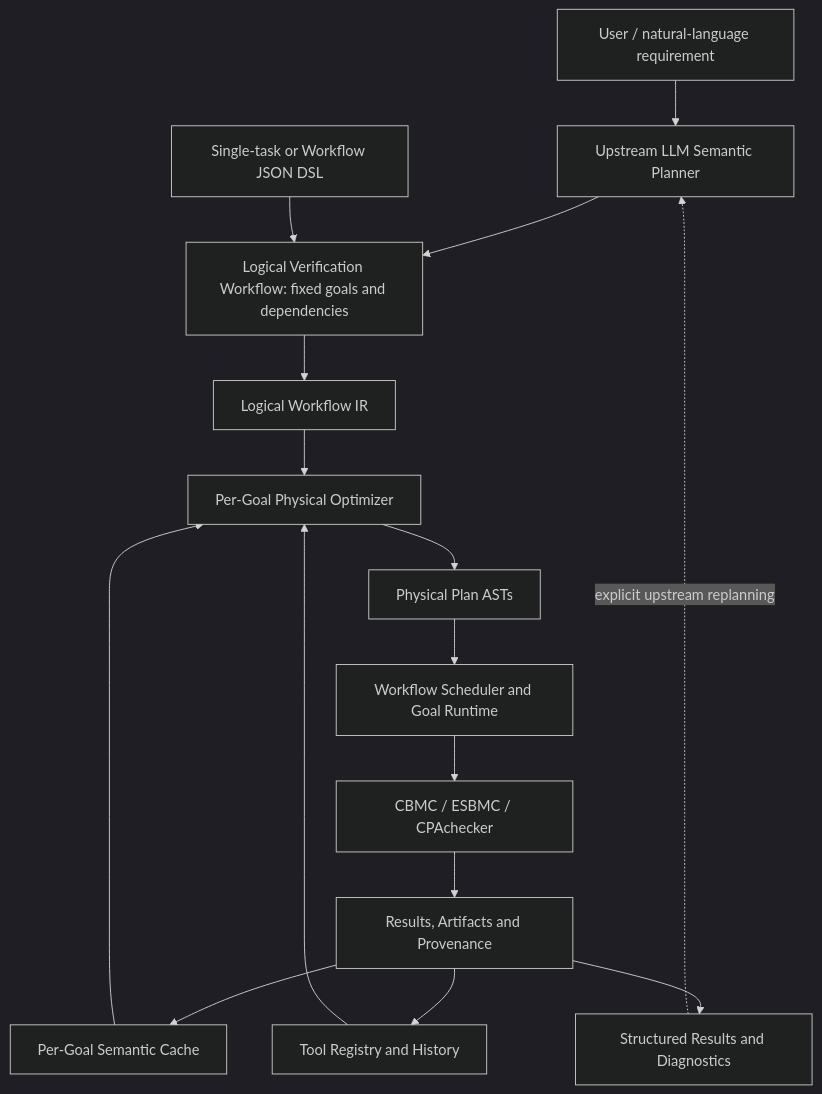
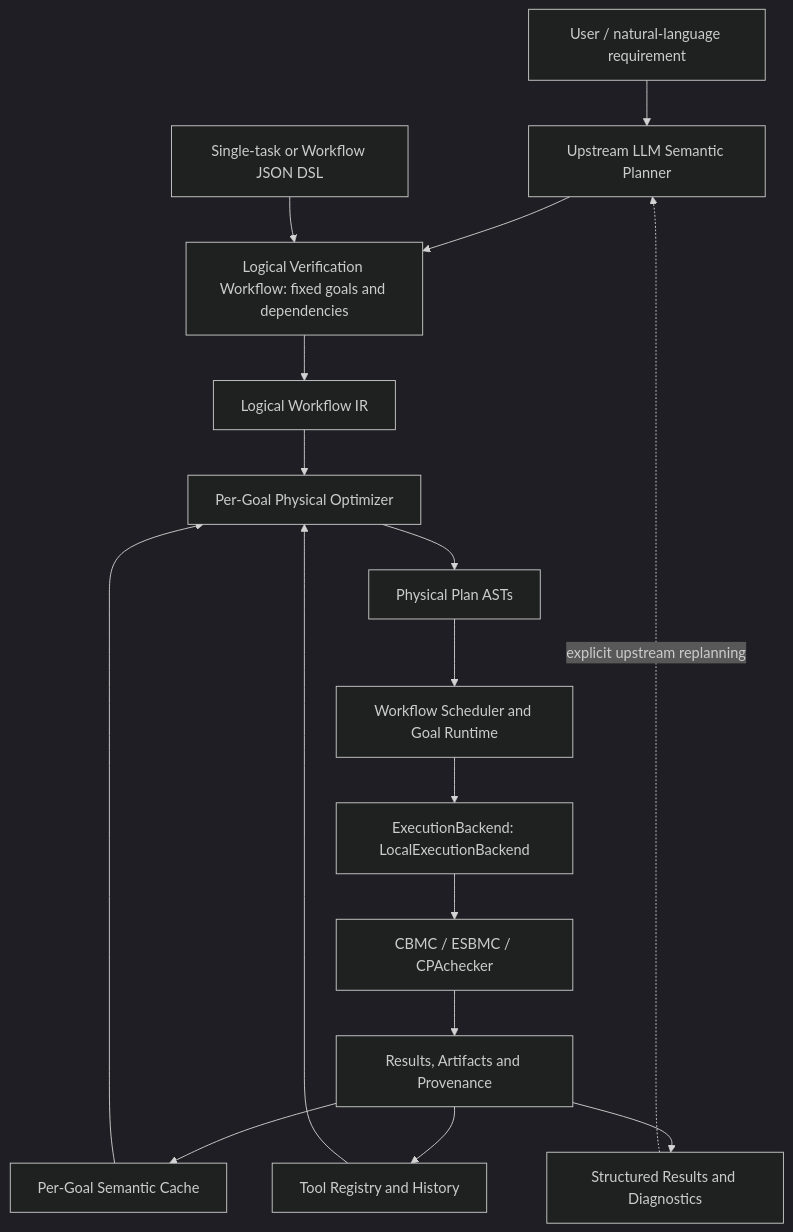
One commit to ponder-j/VeriRuntime-demo changed the diagram in README.md. Above: the diagram before and after it, drawn with Mermaid (dark theme). The commit also changed other lines of this file and 26 other files, not shown here.

First line of the commit message:
refactor(m11): separate execution lifecycle behind a local backend

````diff
--- a/README.md
+++ b/README.md
@@ -13,18 +13,19 @@
 ```mermaid
 flowchart TD
     User[User / natural-language requirement] --> LLM[Upstream LLM Semantic Planner]
     LLM --> Workflow[Logical Verification Workflow: fixed goals and dependencies]
     DSL[Single-task or Workflow JSON DSL] --> Workflow
     Workflow --> IR[Logical Workflow IR]
     IR --> Opt[Per-Goal Physical Optimizer]
     Registry[Tool Registry and History] --> Opt
     Cache[Per-Goal Semantic Cache] --> Opt
     Opt --> Plans[Physical Plan ASTs]
     Plans --> Runtime[Workflow Scheduler and Goal Runtime]
-    Runtime --> Tools[CBMC / ESBMC / CPAchecker]
+    Runtime --> Backend[ExecutionBackend: LocalExecutionBackend]
+    Backend --> Tools[CBMC / ESBMC / CPAchecker]
     Tools --> Store[Results, Artifacts and Provenance]
     Store --> Cache
     Store --> Registry
     Store --> Feedback[Structured Results and Diagnostics]
     Feedback -. explicit upstream replanning .-> LLM
 ```
````
